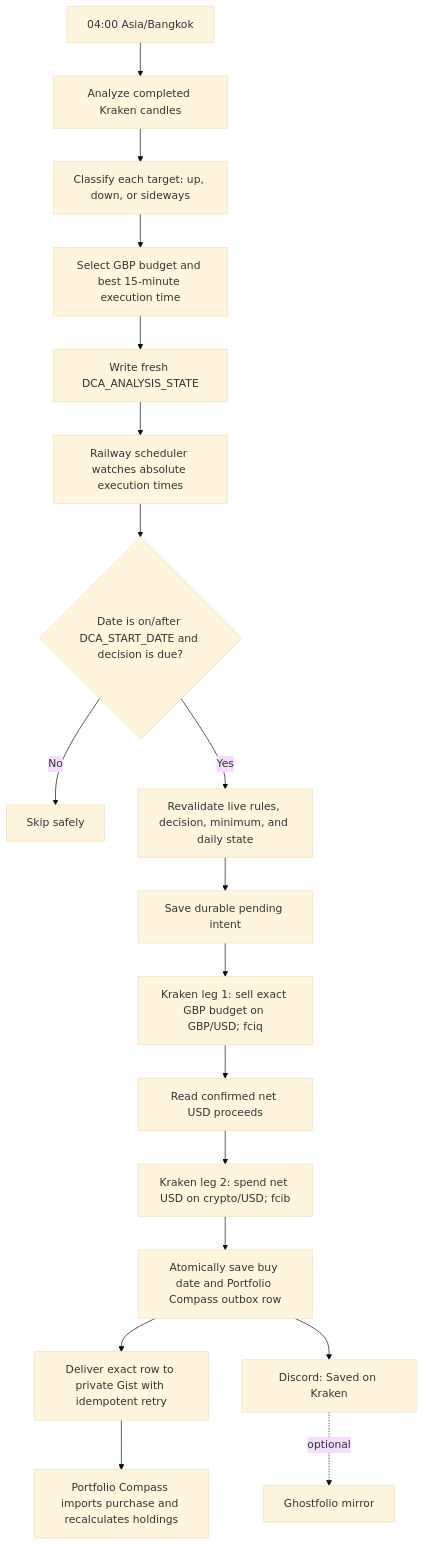
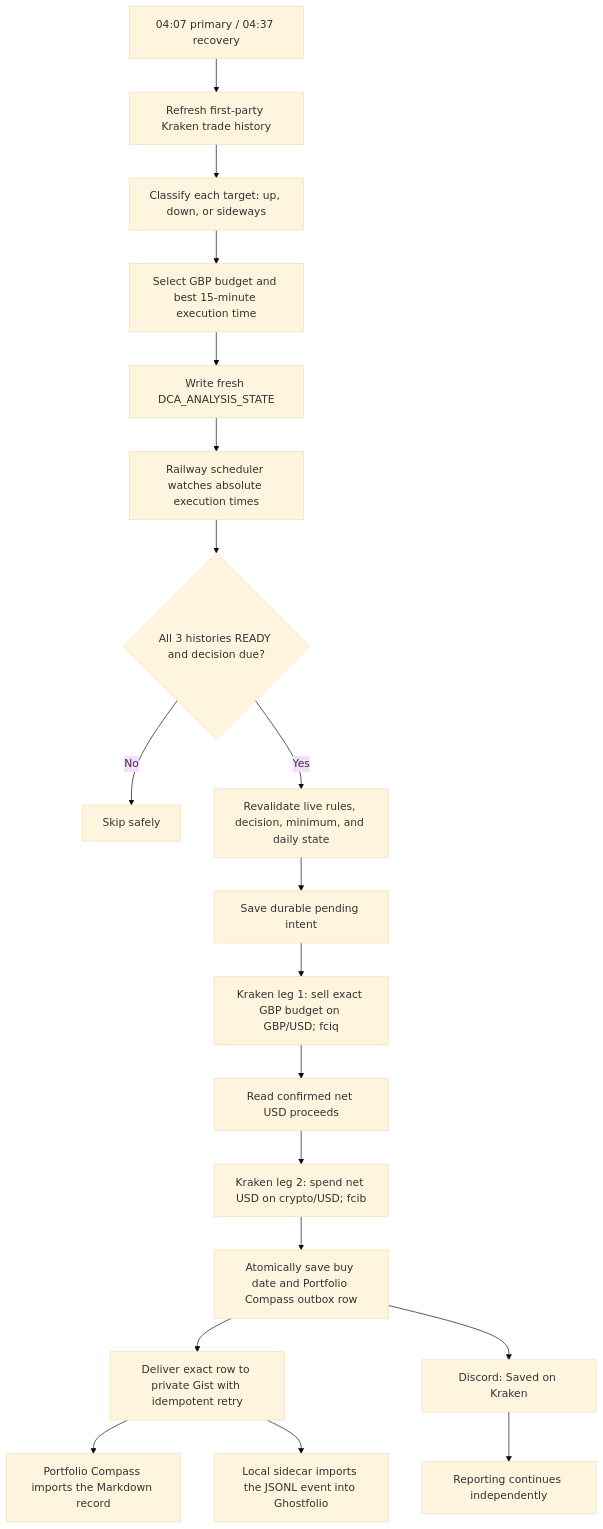
One commit to aesscialo-bot/DCA-Bot changed the first of 2 diagrams in README.md. Above: the diagram before and after it, drawn with Mermaid (base theme). The commit also changed other lines of this file and 46 other files, not shown here.

First line of the commit message:
Restore multi-window DCA and local Ghostfolio reporting

````diff
--- a/README.md
+++ b/README.md
@@ -64,20 +71,21 @@
 ```mermaid
 flowchart TD
-    A["04:00 Asia/Bangkok"] --> B["Analyze completed Kraken candles"]
+    A["04:07 primary / 04:37 recovery"] --> B["Refresh first-party Kraken trade history"]
     B --> C["Classify each target: up, down, or sideways"]
     C --> D["Select GBP budget and best 15-minute execution time"]
     D --> E["Write fresh DCA_ANALYSIS_STATE"]
     E --> F["Railway scheduler watches absolute execution times"]
-    F --> G{"Date is on/after DCA_START_DATE and decision is due?"}
+    F --> G{"All 3 histories READY and decision due?"}
     G -- "No" --> H["Skip safely"]
     G -- "Yes" --> I["Revalidate live rules, decision, minimum, and daily state"]
     I --> J["Save durable pending intent"]
     J --> K["Kraken leg 1: sell exact GBP budget on GBP/USD; fciq"]
     K --> L["Read confirmed net USD proceeds"]
     L --> M["Kraken leg 2: spend net USD on crypto/USD; fcib"]
     M --> N["Atomically save buy date and Portfolio Compass outbox row"]
     N --> O["Deliver exact row to private Gist with idempotent retry"]
-    O --> P["Portfolio Compass imports purchase and recalculates holdings"]
+    O --> P["Portfolio Compass imports the Markdown record"]
+    O --> S["Local sidecar imports the JSONL event into Ghostfolio"]
     N --> Q["Discord: Saved on Kraken"]
-    Q -. "optional" .-> R["Ghostfolio mirror"]
+    Q --> R["Reporting continues independently"]
 ```
````
